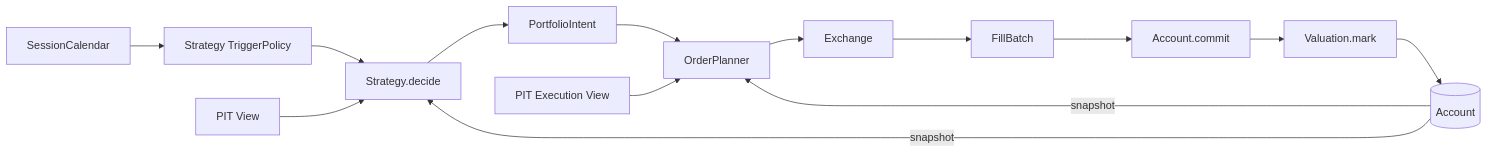
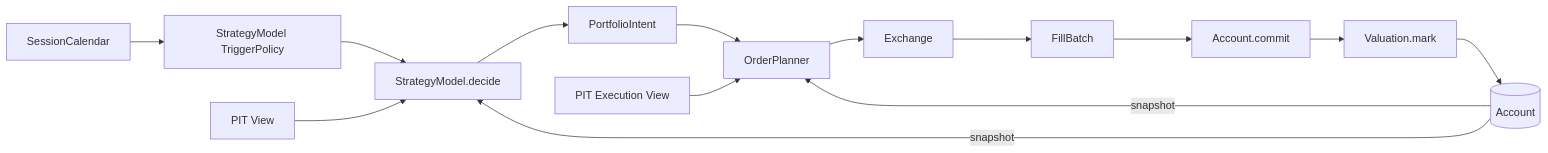
Before and after one commit to jaepil-choi/qlibx: the diagram in docs/vqapr-architecture.md, drawn with Mermaid. The commit also changed other lines of this file and 1 other file, not shown here.

First line of the commit message:
docs: introduce Model as the shared parent of DataModel and StrategyModel

````diff
--- a/docs/vqapr-architecture.md
+++ b/docs/vqapr-architecture.md
@@ -14,16 +14,16 @@
 ```mermaid
 flowchart LR
-    Cal[SessionCalendar] --> Trig[Strategy TriggerPolicy]
-    Trig --> S[Strategy.decide]
+    Cal[SessionCalendar] --> Trig[StrategyModel TriggerPolicy]
+    Trig --> S[StrategyModel.decide]
     Data[PIT View] --> S
     Acc[(Account)] -->|snapshot| S
     S --> I[PortfolioIntent]
     I --> P[OrderPlanner]
     Acc -->|snapshot| P
     ExecData[PIT Execution View] --> P
     P --> X[Exchange]
     X --> F[FillBatch]
     F --> C[Account.commit]
     C --> M[Valuation.mark]
     M --> Acc
 ```
````
